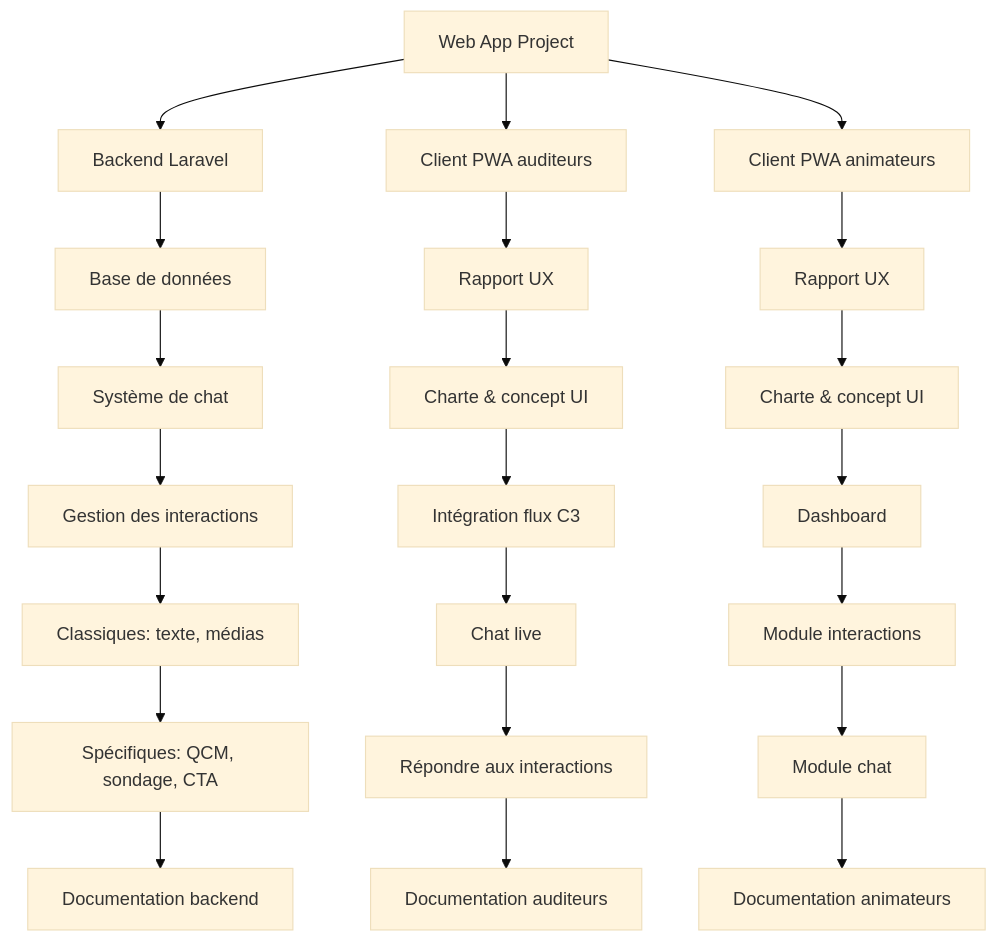
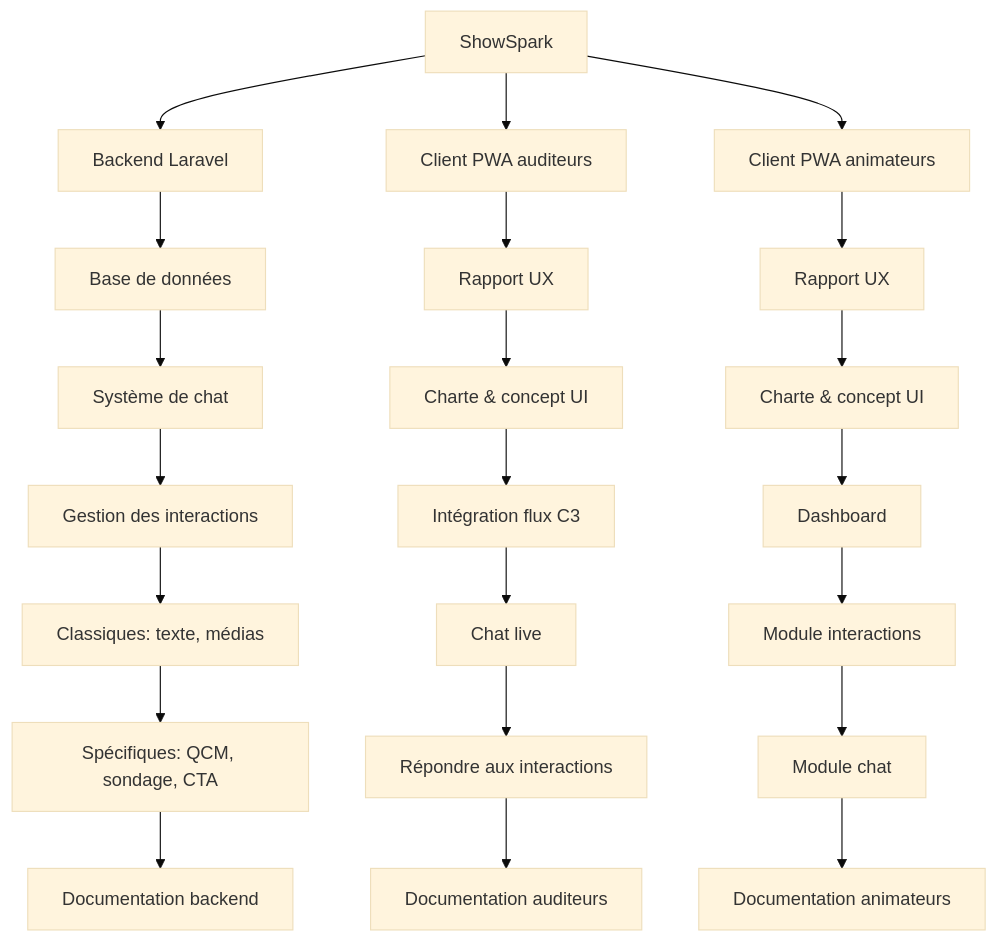
The diagram in docs/Wiki/GesProj/Planification.md (C-Super/couleur3), drawn with Mermaid (base theme) before and after one commit. The commit also changed other lines of this file and 2 other files, not shown here.

````diff
--- a/docs/Wiki/GesProj/Planification.md
+++ b/docs/Wiki/GesProj/Planification.md
@@ -6,53 +6,53 @@
 ```mermaid
  graph TB
 
- A[Web App Project]
+ A[ShowSpark]
  
  B[Backend Laravel]
  
  C[Client PWA auditeurs]
  
  D[Client PWA animateurs]
  
  A-->B
  
  A-->C
 
  A-->D
  
  B-->BE1[Base de données]
  
  BE1-->BE2[Système de chat]
  
  BE2-->BE3[Gestion des interactions]
  
  BE3-->BE4[Classiques: texte, médias]
  
  BE4-->BE5[Spécifiques: QCM, sondage, CTA]
  
  BE5-->BE6[Documentation backend]
  
  C-->WC1_1[Rapport UX]
  
  WC1_1-->WC1_2[Charte & concept UI]
  
  WC1_2-->WC1_3[Intégration flux C3]
  
  WC1_3-->WC1_4[Chat live]
  
  WC1_4-->WC1_5[Répondre aux interactions]
  
  WC1_5-->WC1_6[Documentation auditeurs]
  
  D-->WC2_1[Rapport UX]
  
  WC2_1-->WC2_2[Charte & concept UI]
  
  WC2_2-->WC2_3[Dashboard]
  
  WC2_3-->WC2_4[Module interactions]
  
  WC2_4-->WC2_5[Module chat]
  
  WC2_5-->WC2_6[Documentation animateurs]  
 ```
````
